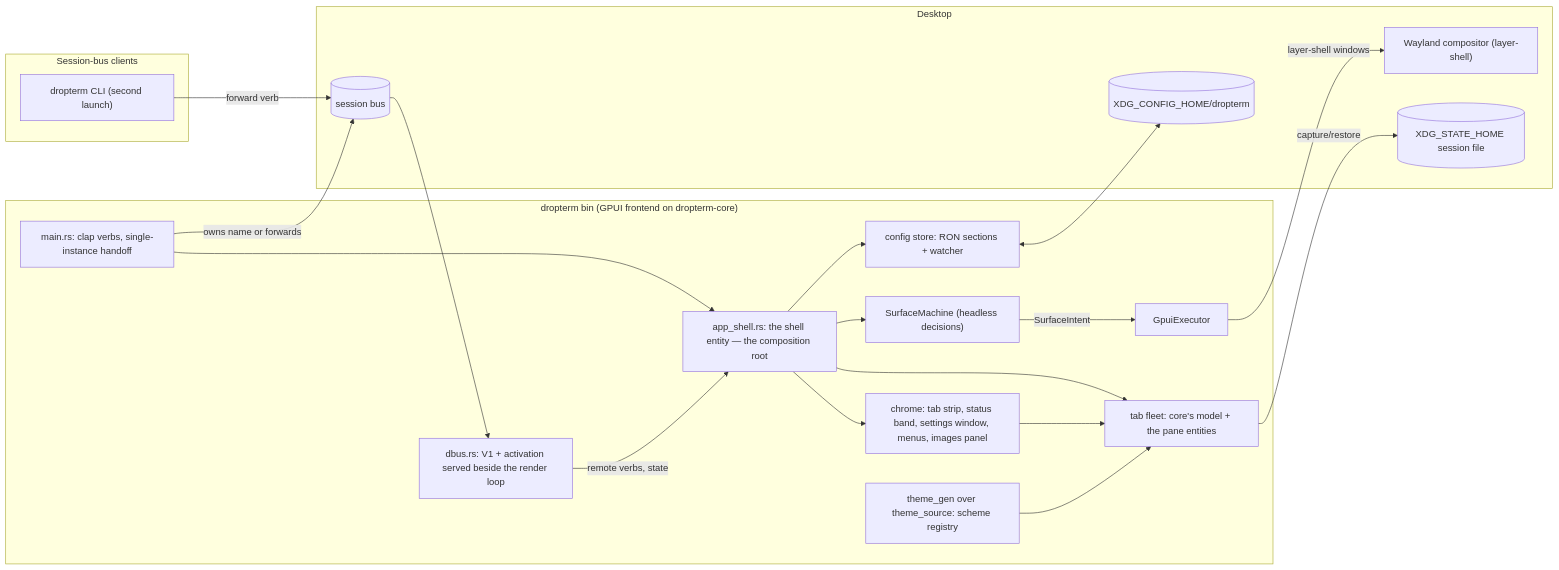
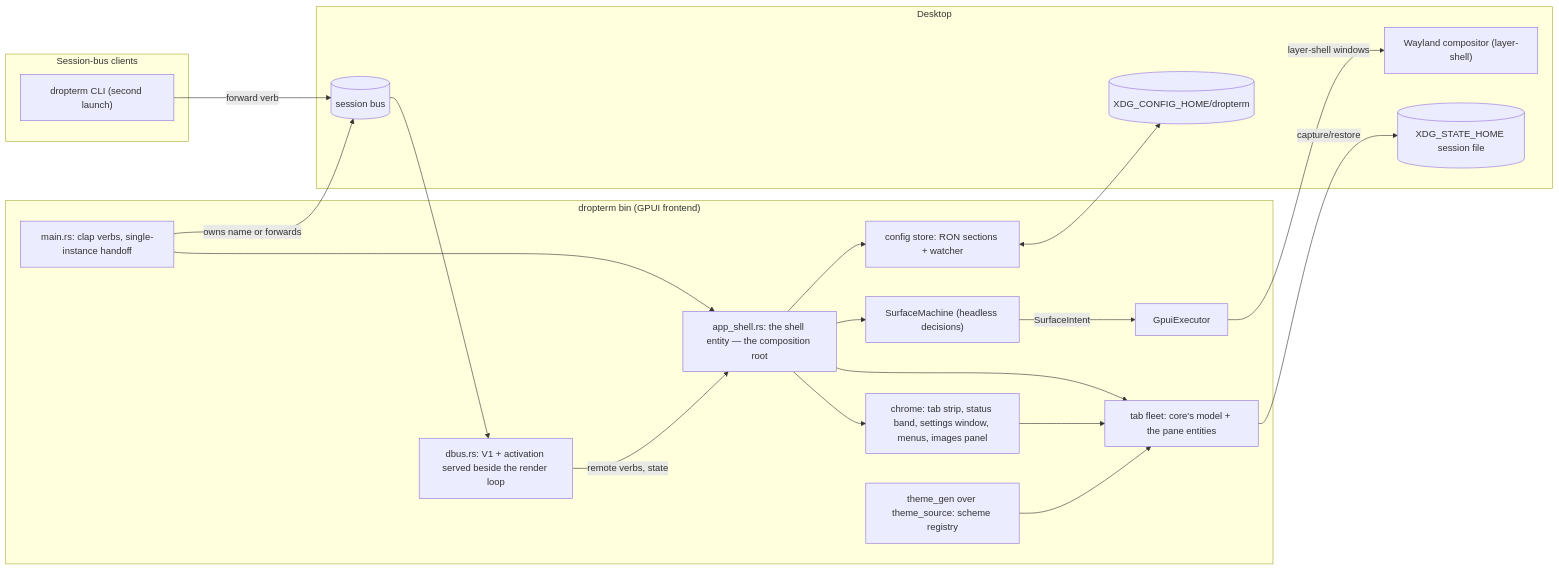
One commit to l1br3-io/cosmic-ext-dropterm changed the first of 2 diagrams in docs/architecture.md. Above: the diagram before and after it, drawn with Mermaid. The commit also changed other lines of this file and 12 other files, not shown here.

````diff
--- a/docs/architecture.md
+++ b/docs/architecture.md
@@ -14,38 +14,38 @@
 ```mermaid
 flowchart LR
     subgraph clients["Session-bus clients"]
         CLI["dropterm CLI (second launch)"]
     end
-    subgraph process["dropterm bin (GPUI frontend on dropterm-core)"]
+    subgraph process["dropterm bin (GPUI frontend)"]
         MAIN["main.rs: clap verbs, single-instance handoff"]
         DBUS["dbus.rs: V1 + activation served beside the render loop"]
         SHELL["app_shell.rs: the shell entity — the composition root"]
         MACHINE["SurfaceMachine (headless decisions)"]
         EXEC["GpuiExecutor"]
         CONFIG["config store: RON sections + watcher"]
         TABS["tab fleet: core's model + the pane entities"]
         CHROME["chrome: tab strip, status band, settings window, menus, images panel"]
         THEME["theme_gen over theme_source: scheme registry"]
     end
     subgraph desktop["Desktop"]
         BUS[("session bus")]
         WL["Wayland compositor (layer-shell)"]
         FILES[("XDG_CONFIG_HOME/dropterm")]
         STATE[("XDG_STATE_HOME session file")]
     end
     CLI -->|forward verb| BUS
     BUS --> DBUS
     MAIN -->|owns name or forwards| BUS
     MAIN --> SHELL
     DBUS -->|remote verbs, state| SHELL
     SHELL --> MACHINE
     SHELL --> TABS
     SHELL --> CHROME
     SHELL --> CONFIG
     MACHINE -->|SurfaceIntent| EXEC
     EXEC -->|layer-shell windows| WL
     CHROME --> TABS
     THEME --> TABS
     CONFIG <--> FILES
     TABS -->|capture/restore| STATE
 ```
````
